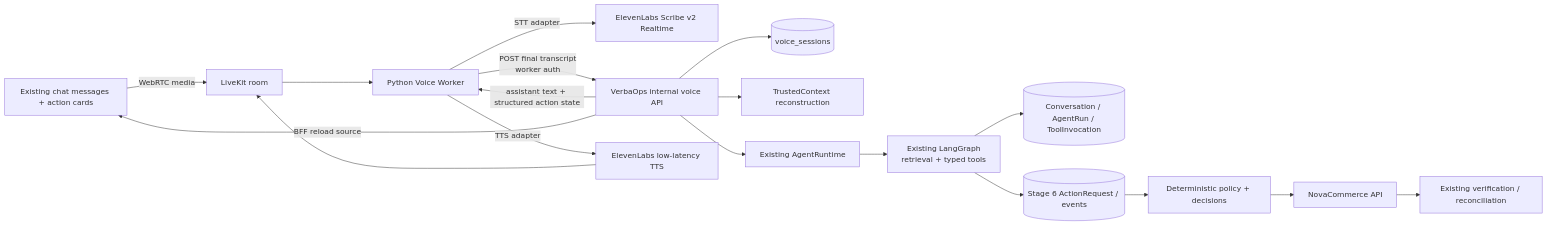
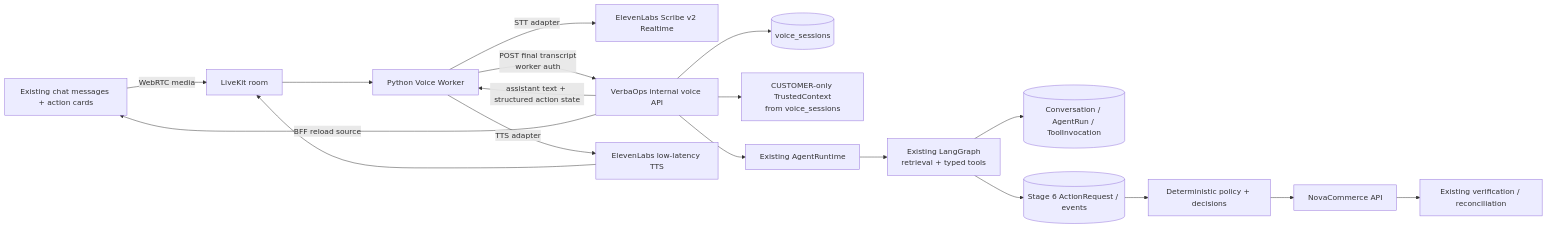
One commit to Joseph-Nawar/verbaops-ai-customer-operations changed the diagram in docs/superpowers/specs/2026-10-07-verbaops-stage7-realtime-voice-design.md. Above: the diagram before and after it, drawn with Mermaid. The commit also changed other lines of this file, not shown here.

Commit message:
docs: clarify Stage 7 voice authority

````diff
--- a/docs/superpowers/specs/2026-10-07-verbaops-stage7-realtime-voice-design.md
+++ b/docs/superpowers/specs/2026-10-07-verbaops-stage7-realtime-voice-design.md
@@ -220,20 +225,20 @@
 ```mermaid
 flowchart LR
     B[Browser VoicePanel<br/>mic + speaker] -->|WebRTC media| LK[LiveKit room]
     LK --> VW[Python Voice Worker]
     VW -->|STT adapter| STT[ElevenLabs Scribe v2 Realtime]
     VW -->|POST final transcript<br/>worker auth| API[VerbaOps internal voice API]
     API --> VS[(voice_sessions)]
-    API --> CT[TrustedContext reconstruction]
+    API --> CT[CUSTOMER-only TrustedContext<br/>from voice_sessions]
     API --> AR[Existing AgentRuntime]
     AR --> G[Existing LangGraph<br/>retrieval + typed tools]
     G --> A[(Conversation / AgentRun / ToolInvocation)]
     G --> P[(Stage 6 ActionRequest / events)]
     P --> POL[Deterministic policy + decisions]
     POL --> COM[NovaCommerce API]
     COM --> VER[Existing verification / reconciliation]
     API -->|assistant text + structured action state| VW
     VW -->|TTS adapter| TTS[ElevenLabs low-latency TTS]
     TTS --> LK
     API -->|BFF reload source| B[Existing chat messages + action cards]
 ```
````
